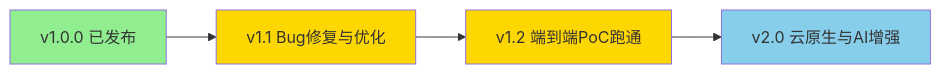
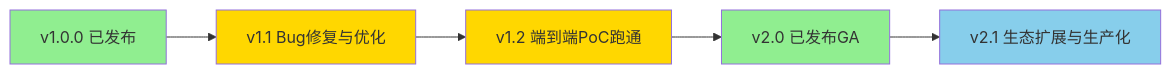
Before and after one commit to Levango7/DataEngineBDP: the diagram in ROADMAP.md, drawn with Mermaid. The commit also changed other lines of this file and 9 other files, not shown here.

````diff
--- a/ROADMAP.md
+++ b/ROADMAP.md
@@ -7,11 +7,13 @@
 ```mermaid
 graph LR
     V100[v1.0.0 已发布] --> V110[v1.1 Bug修复与优化]
     V110 --> V120[v1.2 端到端PoC跑通]
-    V120 --> V200[v2.0 云原生与AI增强]
+    V120 --> V200[v2.0 已发布GA]
+    V200 --> V210[v2.1 生态扩展与生产化]
 
     style V100 fill:#90EE90
     style V110 fill:#FFD700
     style V120 fill:#FFD700
-    style V200 fill:#87CEEB
+    style V200 fill:#90EE90
+    style V210 fill:#87CEEB
 ```
````
